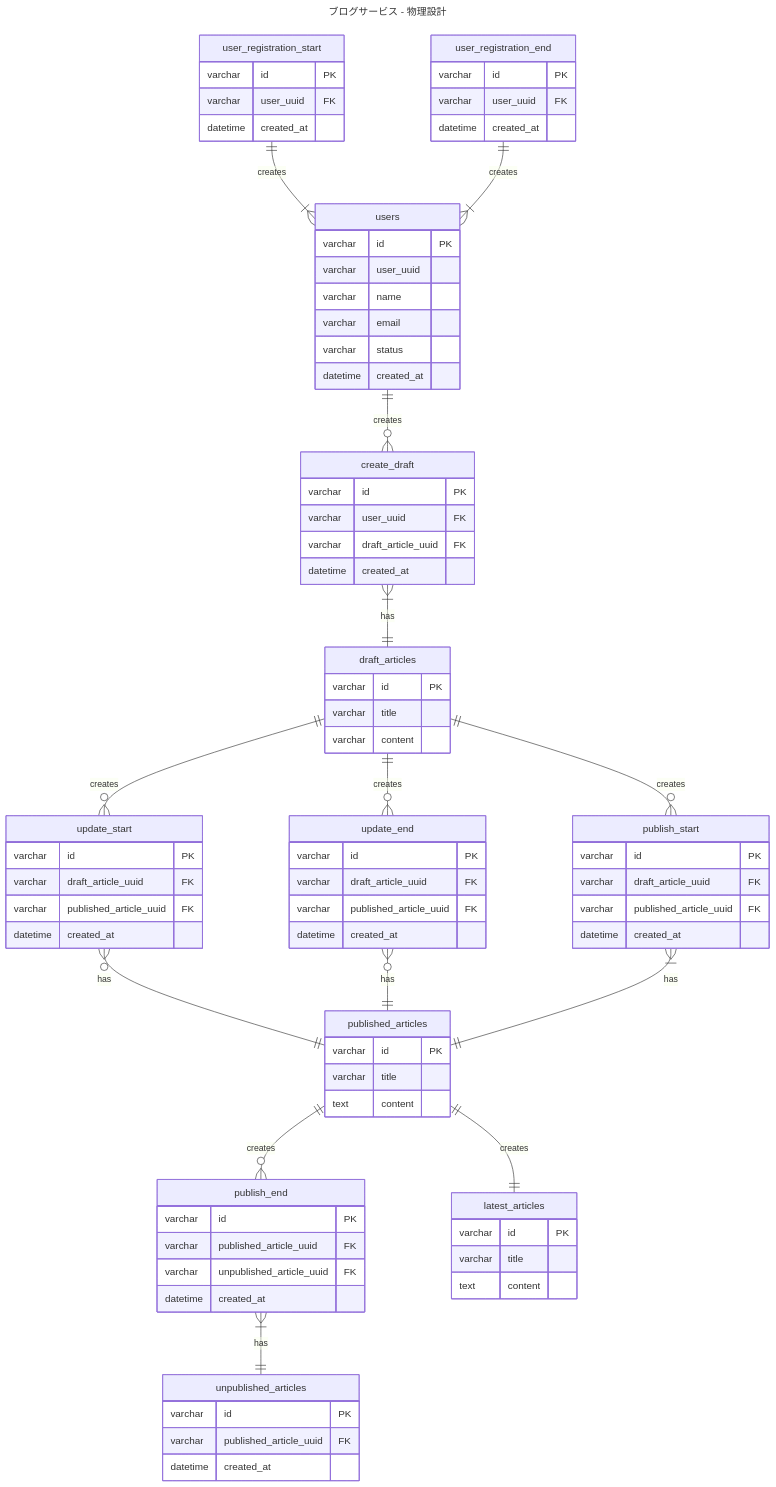
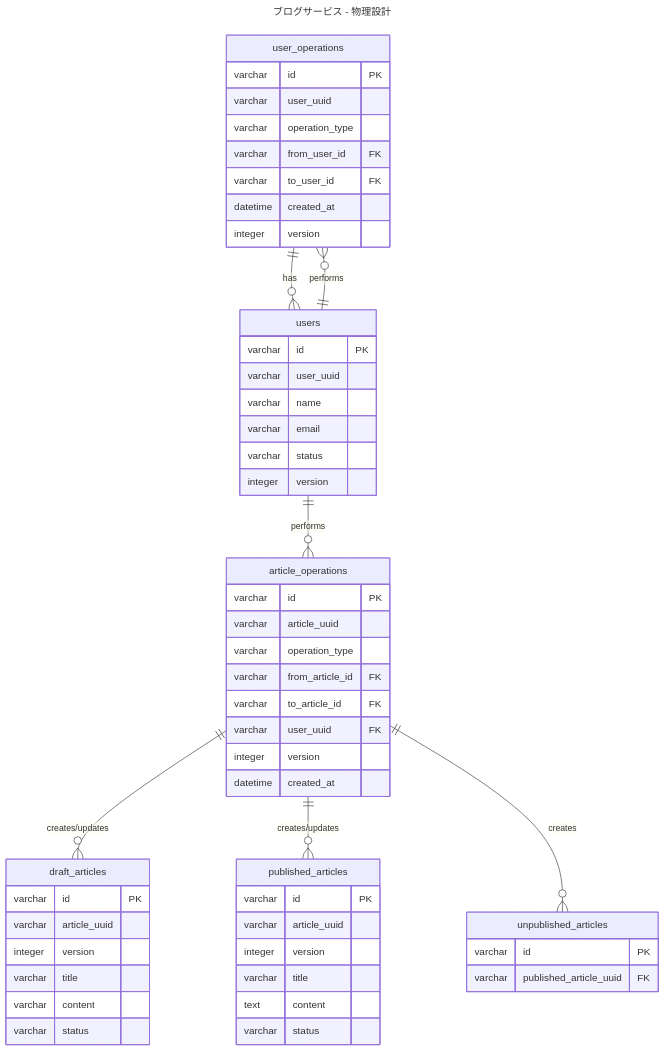
Before and after one commit to ttakuma17/til: the fourth of 4 diagrams in db/modeling/5/er.md, drawn with Mermaid. The commit also changed other lines of this file, not shown here.

Commit message:
物理設計でシンプルにする

````diff
--- a/db/modeling/5/er.md
+++ b/db/modeling/5/er.md
@@ -96,98 +96,76 @@
 title: ブログサービス - 物理設計
 ---
 erDiagram
-  %% ユーザー登録開始
-  user_registration_start {
-    varchar id PK
-    varchar user_uuid FK
-    datetime created_at
-  }
-  %% ユーザー登録終了
-  user_registration_end {
-    varchar id PK
-    varchar user_uuid FK
-    datetime created_at
-  }
-  %% ユーザー(R)
-  users {
+  %% ユーザー操作(E)
+  %% operation_type: "register/update/deactivate/reactivate"
+  %% from_user_id: "新規登録時は'new'"
+  user_operations {
     varchar id PK
     varchar user_uuid
-    varchar name
-    varchar email
-    varchar status
+    varchar operation_type
+    varchar from_user_id FK 
+    varchar to_user_id FK
     datetime created_at
+    integer version
   }
-  %% 記事作成(E)
-  create_draft {
-    varchar id PK
-    varchar user_uuid FK
-    varchar draft_article_uuid FK
-    datetime created_at
+
+  %% ユーザー(R)
+  %% status: "active/inactive"
+  users {
+      varchar id PK 
+      varchar user_uuid
+      varchar name
+      varchar email
+      varchar status
+      integer version
   }
+
+  %% 記事操作(E)
+  %% operation_type: "create_draft/publish_start/update_start/update_end/publish_end/draft_delete"
+  %% user_uuid: "操作したユーザー"
+  article_operations {
+      varchar id PK
+      varchar article_uuid
+      varchar operation_type
+      varchar from_article_id FK
+      varchar to_article_id FK
+      varchar user_uuid FK
+      integer version
+      datetime created_at
+  }
+
   %% ドラフト記事(R)
+  %% status: "draft/updating/deleted"
   draft_articles {
-    varchar id PK
-    varchar title
-    varchar content
+      varchar id PK
+      varchar article_uuid
+      integer version
+      varchar title
+      varchar content
+      varchar status 
   }
-  %% 公開開始(E)
-  publish_start {
-    varchar id PK
-    varchar draft_article_uuid FK
-    varchar published_article_uuid FK
-    datetime created_at
+
+  %% 公開記事(R)
+  %% status: "published/updating"
+  published_articles {
+      varchar id PK
+      varchar article_uuid 
+      integer version
+      varchar title
+      text content
+      varchar status
   }
-  %% 記事更新(E)
-  update_start {
-    varchar id PK
-    varchar draft_article_uuid FK
-    varchar published_article_uuid FK
-    datetime created_at
-  }
-  %% 記事更新完了(E)
-  update_end {
-    varchar id PK
-    varchar draft_article_uuid FK
-    varchar published_article_uuid FK
-    datetime created_at
-  }
-  %% 公開終了(E)
-  publish_end {
-    varchar id PK
-    varchar published_article_uuid FK
-    varchar unpublished_article_uuid FK
-    datetime created_at
-  }
-  %% 公開記事(R)
-  published_articles {
-    varchar id PK
-    varchar title
-    text content
-  }
+
   %% 非公開記事(R)
   unpublished_articles {
-    varchar id PK
-    varchar published_article_uuid FK
-    datetime created_at
-  }
-  %% 最新記事(R)
-  latest_articles {
-    varchar id PK
-    varchar title
-    text content
+      varchar id PK
+      varchar published_article_uuid FK
   }
 
-  user_registration_start ||--|{ users: "creates"
-  user_registration_end ||--|{ users: "creates"
-  users ||--o{ create_draft: "creates"
-  create_draft }|--|| draft_articles: "has"
-  draft_articles ||--o{ update_start: "creates"
-  draft_articles ||--o{ publish_start: "creates"
-  draft_articles ||--o{ update_end: "creates"
-  published_articles ||--o{ publish_end: "creates"
-  update_start }o--|| published_articles: "has"
-  update_end }o--|| published_articles: "has"
-  publish_start }|--|| published_articles: "has"
-  publish_end }|--|| unpublished_articles: "has"  
-  published_articles ||--|| latest_articles: "creates"
+  users ||--o{ user_operations: "performs"
+  user_operations ||--o{ users: "has"
+  users ||--o{ article_operations: "performs"
+  article_operations ||--o{ draft_articles: "creates/updates"
+  article_operations ||--o{ published_articles: "creates/updates"
+  article_operations ||--o{ unpublished_articles: "creates" 
 ```
````
